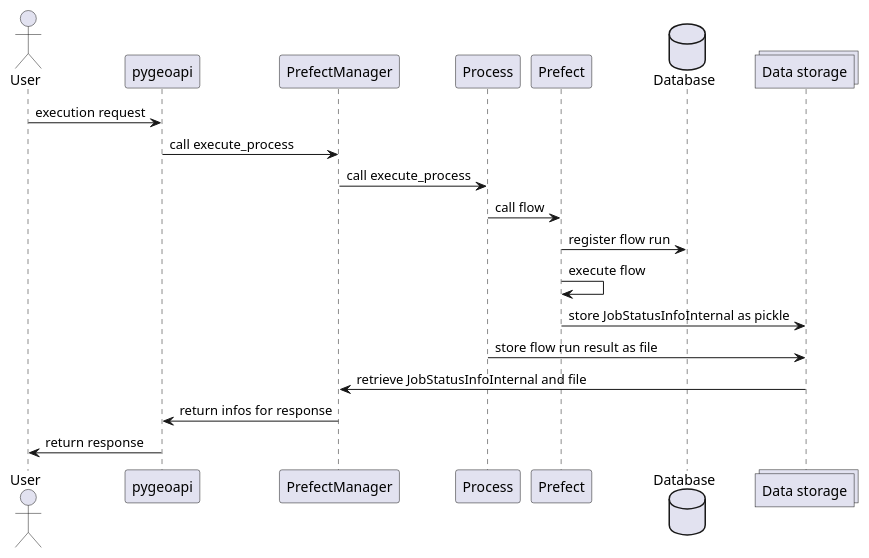
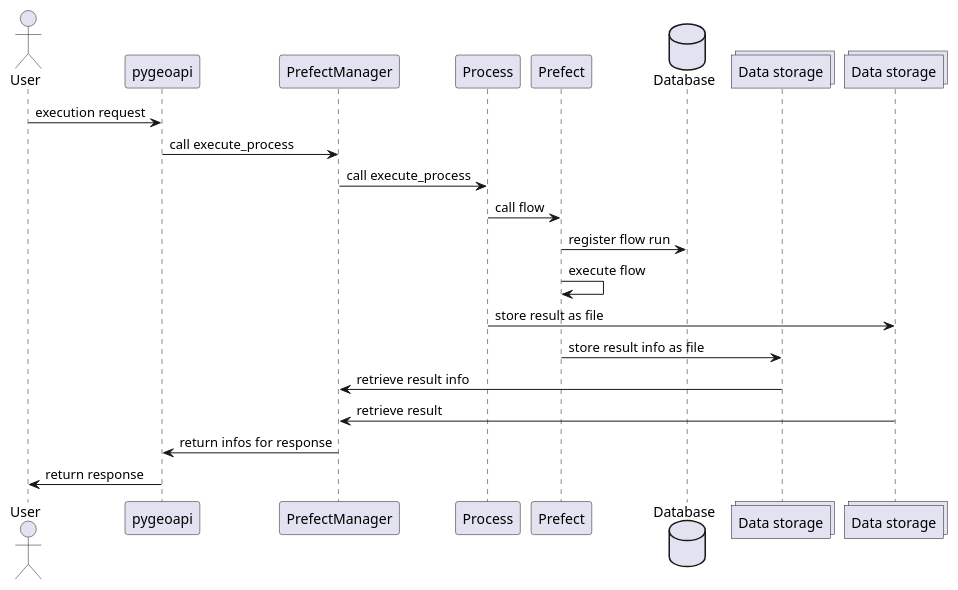
One commit to KomMonitor/pygeoapi-prefect changed the diagram in docs/images/sequence_diagram.puml. Above: the diagram before and after it, drawn with PlantUML. The commit also changed 5 other files, not shown here.

```diff
--- a/docs/images/sequence_diagram.puml
+++ b/docs/images/sequence_diagram.puml
@@ -1,24 +1,26 @@
 @startuml
 
 actor User as user
 participant pygeoapi as pygeoapi
 participant PrefectManager as manager
 'participant PrefectManager as manager << pygeoapi_prefect.manager >>
 participant Process as process
 participant Prefect as prefect
 database Database as db
-collections "Data storage" as storage
+collections "Data storage" as storage1
+collections "Data storage" as storage2
 
 user -> pygeoapi : execution request
 pygeoapi -> manager: call execute_process
 manager -> process: call execute_process
 process -> prefect: call flow
 prefect -> db: register flow run
 prefect -> prefect: execute flow
-prefect -> storage: store JobStatusInfoInternal as pickle
-process -> storage: store flow run result as file
-manager <- storage: retrieve JobStatusInfoInternal and file
+process -> storage2: store result as file
+prefect -> storage1: store result info as file
+manager <- storage1: retrieve result info
+manager <- storage2: retrieve result
 pygeoapi <- manager: return infos for response
 user <- pygeoapi: return response
 
 @enduml
```
